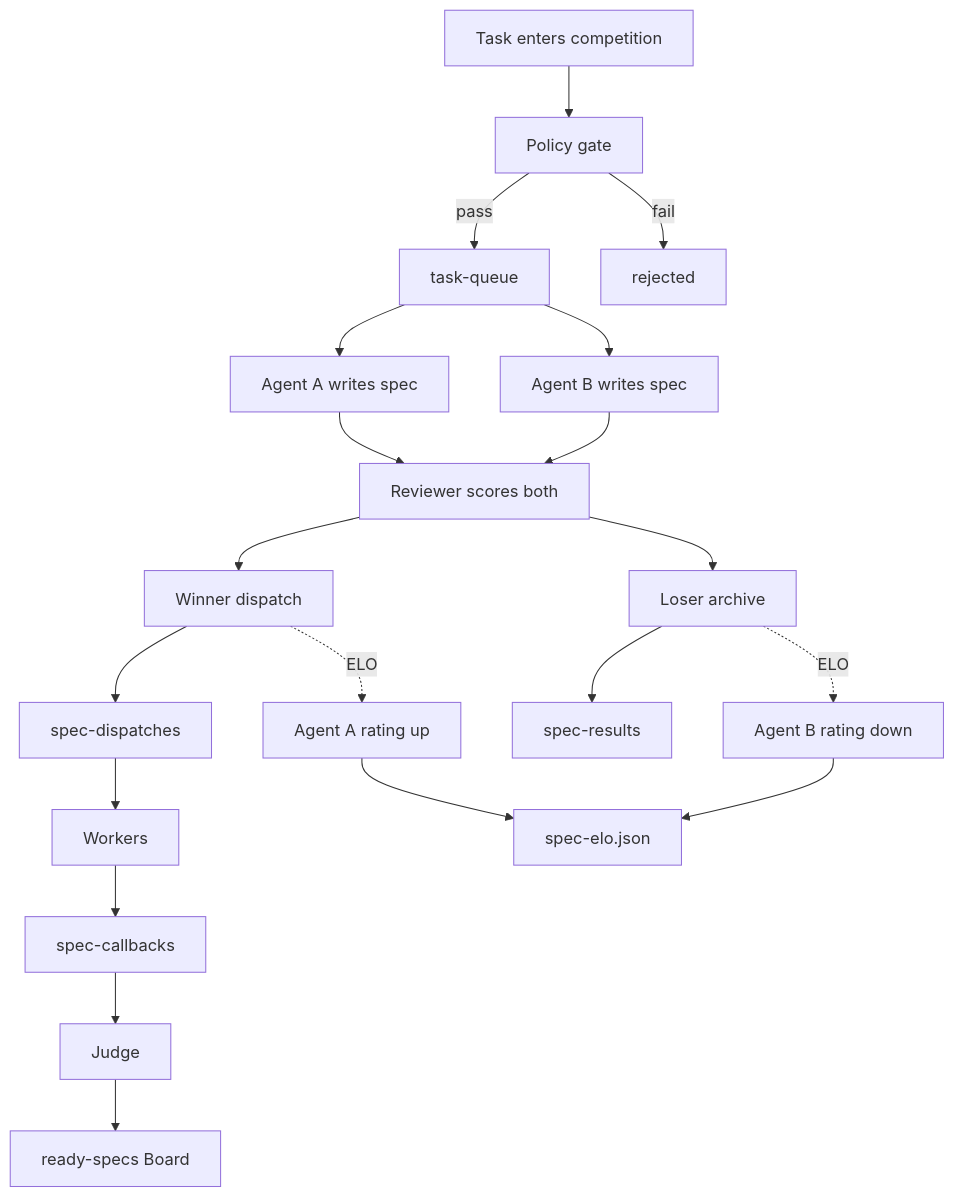
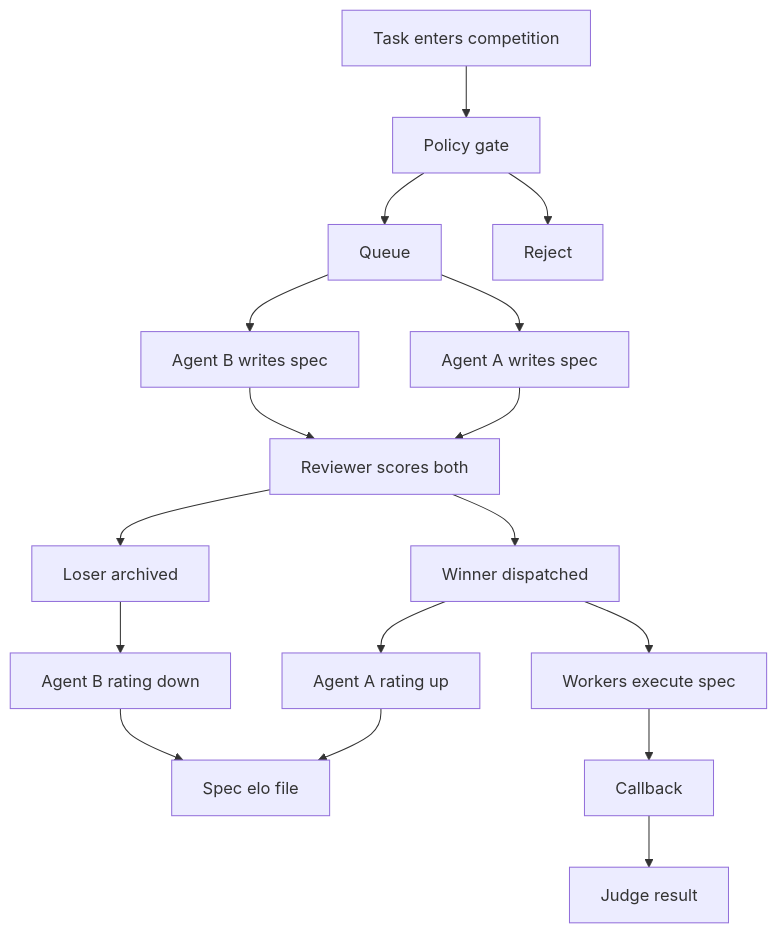
The diagram in diagrams/SPEC_COMPETITION.mmd (mmartoccia/ghost-orchestration-pattern), drawn with Mermaid before and after one commit. The commit also changed 11 other files, not shown here.

First line of the commit message:
Fix Mermaid for GitHub renderer

````diff
--- a/diagrams/SPEC_COMPETITION.mmd
+++ b/diagrams/SPEC_COMPETITION.mmd
@@ -1,22 +1,29 @@
-```mermaid
-flowchart TB
-    T["Task enters competition"] --> P["Policy gate"]
-    P -->|"pass"| Q["task-queue"]
-    P -->|"fail"| R["rejected"]
-    Q --> A["Agent A writes spec"]
-    Q --> B["Agent B writes spec"]
-    A --> V["Reviewer scores both"]
-    B --> V
-    V --> W["Winner dispatch"]
-    V --> L["Loser archive"]
-    W --> D["spec-dispatches"]
-    L --> A2["spec-results"]
-    W -.->|"ELO"| E1["Agent A rating up"]
-    L -.->|"ELO"| E2["Agent B rating down"]
-    E1 --> EL["spec-elo.json"]
-    E2 --> EL
-    D --> WK["Workers"]
-    WK --> CB["spec-callbacks"]
-    CB --> J["Judge"]
-    J --> RD["ready-specs Board"]
-```
+graph TD
+    S1[Task enters competition]
+    S2[Policy gate]
+    S3[Queue]
+    S4[Reject]
+    S5[Agent A writes spec]
+    S6[Agent B writes spec]
+    S7[Reviewer scores both]
+    S8[Winner dispatched]
+    S9[Loser archived]
+    S10[Agent A rating up]
+    S11[Agent B rating down]
+    S12[Spec elo file]
+    S13[Workers execute spec]
+    S14[Callback]
+    S15[Judge result]
+
+    S1 --> S2
+    S2 --> S3
+    S2 --> S4
+    S3 --> S5
+    S3 --> S6
+    S5 --> S7
+    S6 --> S7
+    S7 --> S8
+    S7 --> S9
+    S8 --> S10 --> S12
+    S9 --> S11 --> S12
+    S8 --> S13 --> S14 --> S15
````
